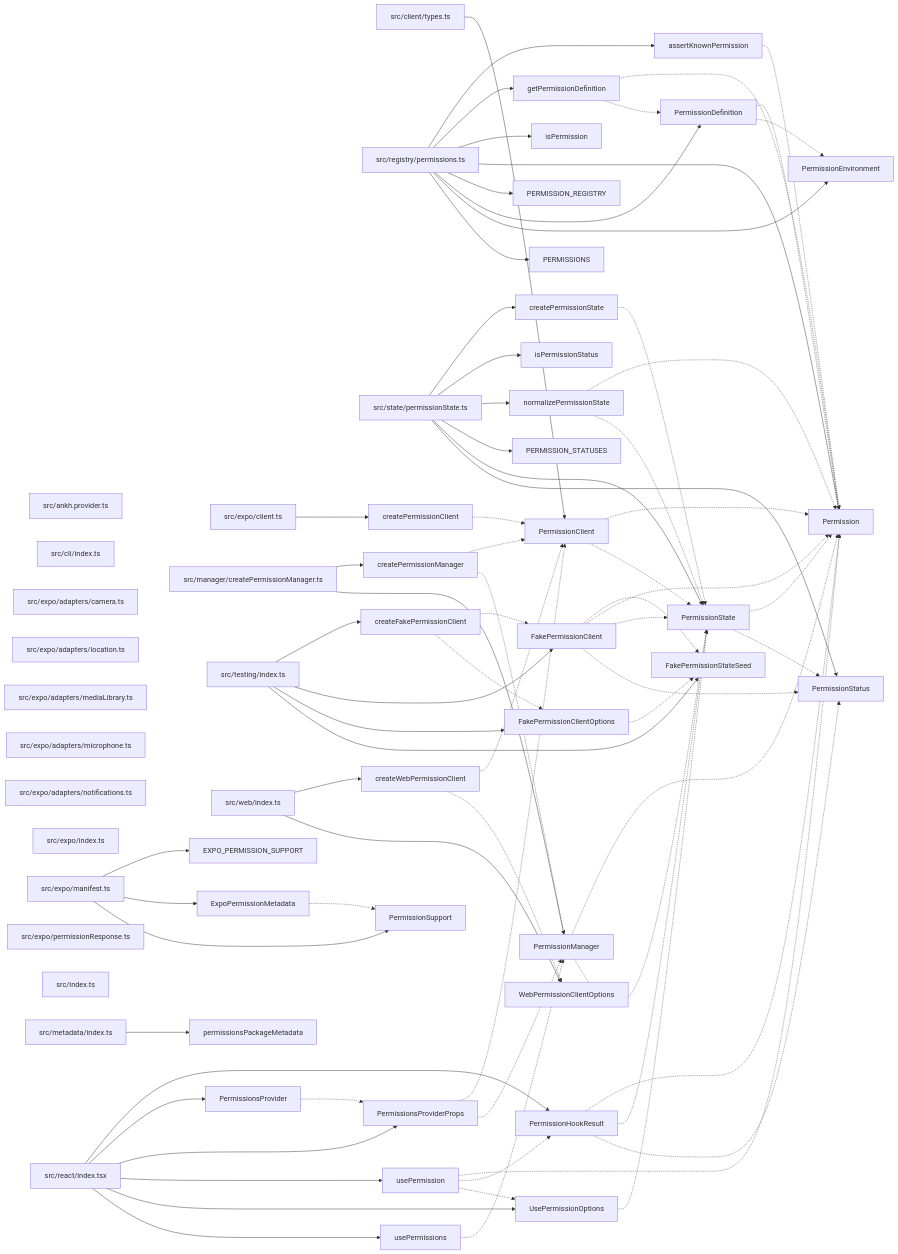
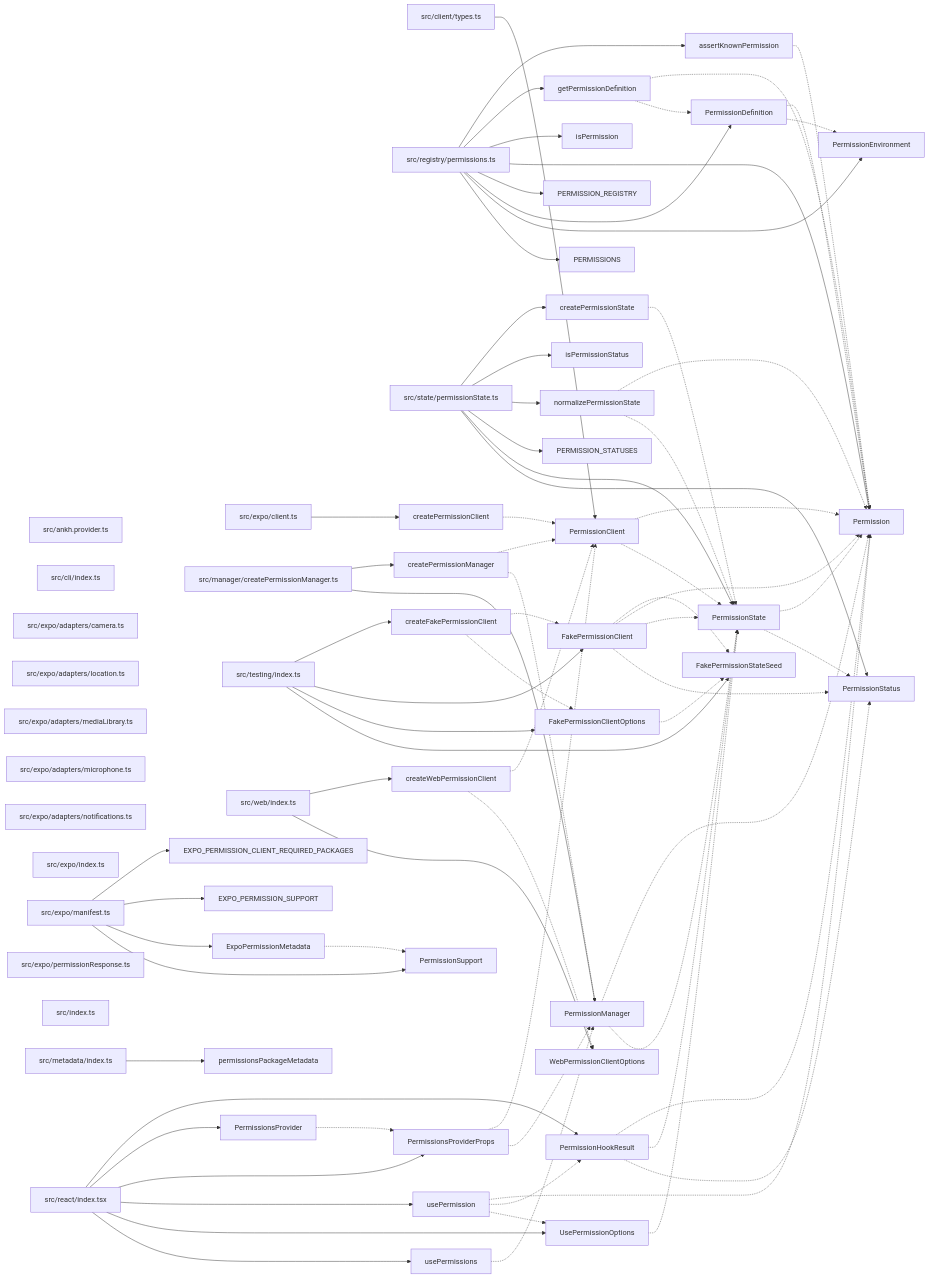
The diagram in paradox/diagrams/export-graph.mmd (ankhorage/permissions), drawn with Mermaid before and after one commit. The commit also changed 14 other files, not shown here.

Commit message:
Address Expo permission review feedback

```diff
--- a/paradox/diagrams/export-graph.mmd
+++ b/paradox/diagrams/export-graph.mmd
@@ -1,127 +1,129 @@
 graph LR
   module_src_ankh_provider_ts["src/ankh.provider.ts"]
   module_src_cli_index_ts["src/cli/index.ts"]
   module_src_client_types_ts["src/client/types.ts"]
   module_src_expo_adapters_camera_ts["src/expo/adapters/camera.ts"]
   module_src_expo_adapters_location_ts["src/expo/adapters/location.ts"]
   module_src_expo_adapters_mediaLibrary_ts["src/expo/adapters/mediaLibrary.ts"]
   module_src_expo_adapters_microphone_ts["src/expo/adapters/microphone.ts"]
   module_src_expo_adapters_notifications_ts["src/expo/adapters/notifications.ts"]
   module_src_expo_client_ts["src/expo/client.ts"]
   module_src_expo_index_ts["src/expo/index.ts"]
   module_src_expo_manifest_ts["src/expo/manifest.ts"]
   module_src_expo_permissionResponse_ts["src/expo/permissionResponse.ts"]
   module_src_index_ts["src/index.ts"]
   module_src_manager_createPermissionManager_ts["src/manager/createPermissionManager.ts"]
   module_src_metadata_index_ts["src/metadata/index.ts"]
   module_src_react_index_tsx["src/react/index.tsx"]
   module_src_registry_permissions_ts["src/registry/permissions.ts"]
   module_src_state_permissionState_ts["src/state/permissionState.ts"]
   module_src_testing_index_ts["src/testing/index.ts"]
   module_src_web_index_ts["src/web/index.ts"]
   export_assertKnownPermission["assertKnownPermission"]
   module_src_registry_permissions_ts --> export_assertKnownPermission
   export_assertKnownPermission -.-> export_Permission
   export_createFakePermissionClient["createFakePermissionClient"]
   module_src_testing_index_ts --> export_createFakePermissionClient
   export_createFakePermissionClient -.-> export_FakePermissionClient
   export_createFakePermissionClient -.-> export_FakePermissionClientOptions
   export_createPermissionClient["createPermissionClient"]
   module_src_expo_client_ts --> export_createPermissionClient
   export_createPermissionClient -.-> export_PermissionClient
   export_createPermissionManager["createPermissionManager"]
   module_src_manager_createPermissionManager_ts --> export_createPermissionManager
   export_createPermissionManager -.-> export_PermissionClient
   export_createPermissionManager -.-> export_PermissionManager
   export_createPermissionState["createPermissionState"]
   module_src_state_permissionState_ts --> export_createPermissionState
   export_createPermissionState -.-> export_PermissionState
   export_createWebPermissionClient["createWebPermissionClient"]
   module_src_web_index_ts --> export_createWebPermissionClient
   export_createWebPermissionClient -.-> export_PermissionClient
   export_createWebPermissionClient -.-> export_WebPermissionClientOptions
+  export_EXPO_PERMISSION_CLIENT_REQUIRED_PACKAGES["EXPO_PERMISSION_CLIENT_REQUIRED_PACKAGES"]
+  module_src_expo_manifest_ts --> export_EXPO_PERMISSION_CLIENT_REQUIRED_PACKAGES
   export_EXPO_PERMISSION_SUPPORT["EXPO_PERMISSION_SUPPORT"]
   module_src_expo_manifest_ts --> export_EXPO_PERMISSION_SUPPORT
   export_ExpoPermissionMetadata["ExpoPermissionMetadata"]
   module_src_expo_manifest_ts --> export_ExpoPermissionMetadata
   export_ExpoPermissionMetadata -.-> export_PermissionSupport
   export_FakePermissionClient["FakePermissionClient"]
   module_src_testing_index_ts --> export_FakePermissionClient
   export_FakePermissionClient -.-> export_FakePermissionStateSeed
   export_FakePermissionClient -.-> export_Permission
   export_FakePermissionClient -.-> export_PermissionState
   export_FakePermissionClient -.-> export_PermissionStatus
   export_FakePermissionClientOptions["FakePermissionClientOptions"]
   module_src_testing_index_ts --> export_FakePermissionClientOptions
   export_FakePermissionClientOptions -.-> export_FakePermissionStateSeed
   export_FakePermissionStateSeed["FakePermissionStateSeed"]
   module_src_testing_index_ts --> export_FakePermissionStateSeed
   export_getPermissionDefinition["getPermissionDefinition"]
   module_src_registry_permissions_ts --> export_getPermissionDefinition
   export_getPermissionDefinition -.-> export_Permission
   export_getPermissionDefinition -.-> export_PermissionDefinition
   export_isPermission["isPermission"]
   module_src_registry_permissions_ts --> export_isPermission
   export_isPermissionStatus["isPermissionStatus"]
   module_src_state_permissionState_ts --> export_isPermissionStatus
   export_normalizePermissionState["normalizePermissionState"]
   module_src_state_permissionState_ts --> export_normalizePermissionState
   export_normalizePermissionState -.-> export_Permission
   export_normalizePermissionState -.-> export_PermissionState
   export_Permission["Permission"]
   module_src_registry_permissions_ts --> export_Permission
   export_PERMISSION_REGISTRY["PERMISSION_REGISTRY"]
   module_src_registry_permissions_ts --> export_PERMISSION_REGISTRY
   export_PERMISSION_STATUSES["PERMISSION_STATUSES"]
   module_src_state_permissionState_ts --> export_PERMISSION_STATUSES
   export_PermissionClient["PermissionClient"]
   module_src_client_types_ts --> export_PermissionClient
   export_PermissionClient -.-> export_Permission
   export_PermissionClient -.-> export_PermissionState
   export_PermissionDefinition["PermissionDefinition"]
   module_src_registry_permissions_ts --> export_PermissionDefinition
   export_PermissionDefinition -.-> export_Permission
   export_PermissionDefinition -.-> export_PermissionEnvironment
   export_PermissionEnvironment["PermissionEnvironment"]
   module_src_registry_permissions_ts --> export_PermissionEnvironment
   export_PermissionHookResult["PermissionHookResult"]
   module_src_react_index_tsx --> export_PermissionHookResult
   export_PermissionHookResult -.-> export_Permission
   export_PermissionHookResult -.-> export_PermissionState
   export_PermissionHookResult -.-> export_PermissionStatus
   export_PermissionManager["PermissionManager"]
   module_src_manager_createPermissionManager_ts --> export_PermissionManager
   export_PermissionManager -.-> export_Permission
   export_PermissionManager -.-> export_PermissionState
   export_PERMISSIONS["PERMISSIONS"]
   module_src_registry_permissions_ts --> export_PERMISSIONS
   export_permissionsPackageMetadata["permissionsPackageMetadata"]
   module_src_metadata_index_ts --> export_permissionsPackageMetadata
   export_PermissionsProvider["PermissionsProvider"]
   module_src_react_index_tsx --> export_PermissionsProvider
   export_PermissionsProvider -.-> export_PermissionsProviderProps
   export_PermissionsProviderProps["PermissionsProviderProps"]
   module_src_react_index_tsx --> export_PermissionsProviderProps
   export_PermissionsProviderProps -.-> export_PermissionClient
   export_PermissionsProviderProps -.-> export_PermissionManager
   export_PermissionState["PermissionState"]
   module_src_state_permissionState_ts --> export_PermissionState
   export_PermissionState -.-> export_Permission
   export_PermissionState -.-> export_PermissionStatus
   export_PermissionStatus["PermissionStatus"]
   module_src_state_permissionState_ts --> export_PermissionStatus
   export_PermissionSupport["PermissionSupport"]
   module_src_expo_manifest_ts --> export_PermissionSupport
   export_usePermission["usePermission"]
   module_src_react_index_tsx --> export_usePermission
   export_usePermission -.-> export_Permission
   export_usePermission -.-> export_PermissionHookResult
   export_usePermission -.-> export_UsePermissionOptions
   export_UsePermissionOptions["UsePermissionOptions"]
   module_src_react_index_tsx --> export_UsePermissionOptions
   export_UsePermissionOptions -.-> export_PermissionState
   export_usePermissions["usePermissions"]
   module_src_react_index_tsx --> export_usePermissions
   export_usePermissions -.-> export_PermissionManager
   export_WebPermissionClientOptions["WebPermissionClientOptions"]
   module_src_web_index_ts --> export_WebPermissionClientOptions
```
